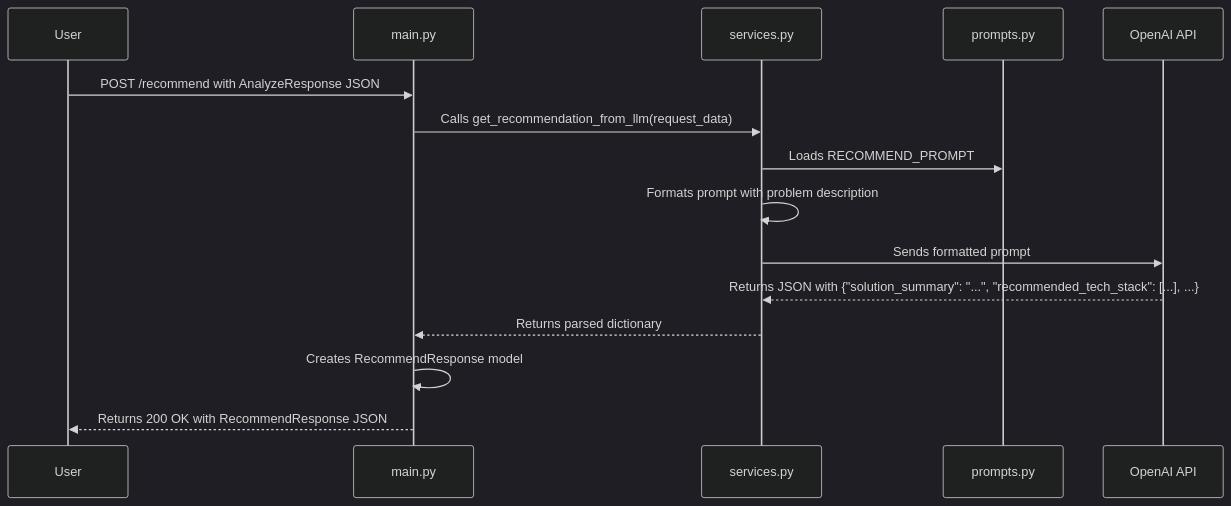
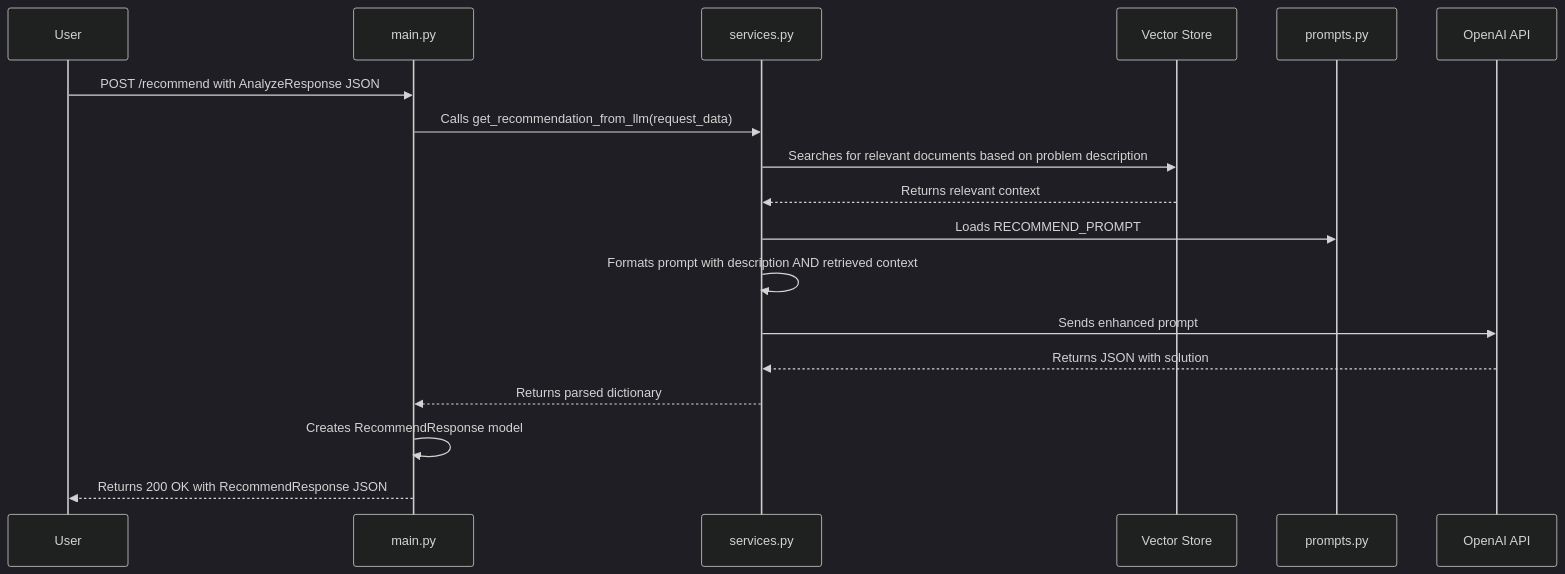
Before and after one commit to AdamPrzychodni/ai-enablement-tttr: the third of 3 diagrams in task_1_solution_architect/docs/05_documentation.md, drawn with Mermaid (dark theme). The commit also changed other lines of this file and 3 other files, not shown here.

Commit message:
Enhance documentation for AI Architect API, adding context to recommendations and clarifying system behavior and architecture

````diff
--- a/task_1_solution_architect/docs/05_documentation.md
+++ b/task_1_solution_architect/docs/05_documentation.md
@@ -103,18 +111,23 @@
 ```mermaid
 sequenceDiagram
     participant User
     participant main.py
     participant services.py
+    participant Vector Store
     participant prompts.py
     participant OpenAI API
 
     User->>main.py: POST /recommend with AnalyzeResponse JSON
     main.py->>services.py: Calls get_recommendation_from_llm(request_data)
+    
+    services.py->>Vector Store: Searches for relevant documents based on problem description
+    Vector Store-->>services.py: Returns relevant context
+    
     services.py->>prompts.py: Loads RECOMMEND_PROMPT
-    services.py->>services.py: Formats prompt with problem description
-    services.py->>OpenAI API: Sends formatted prompt
-    OpenAI API-->>services.py: Returns JSON with {"solution_summary": "...", "recommended_tech_stack": [...], ...}
+    services.py->>services.py: Formats prompt with description AND retrieved context
+    services.py->>OpenAI API: Sends enhanced prompt
+    OpenAI API-->>services.py: Returns JSON with solution
     services.py-->>main.py: Returns parsed dictionary
     main.py->>main.py: Creates RecommendResponse model
     main.py-->>User: Returns 200 OK with RecommendResponse JSON
 ```
````
